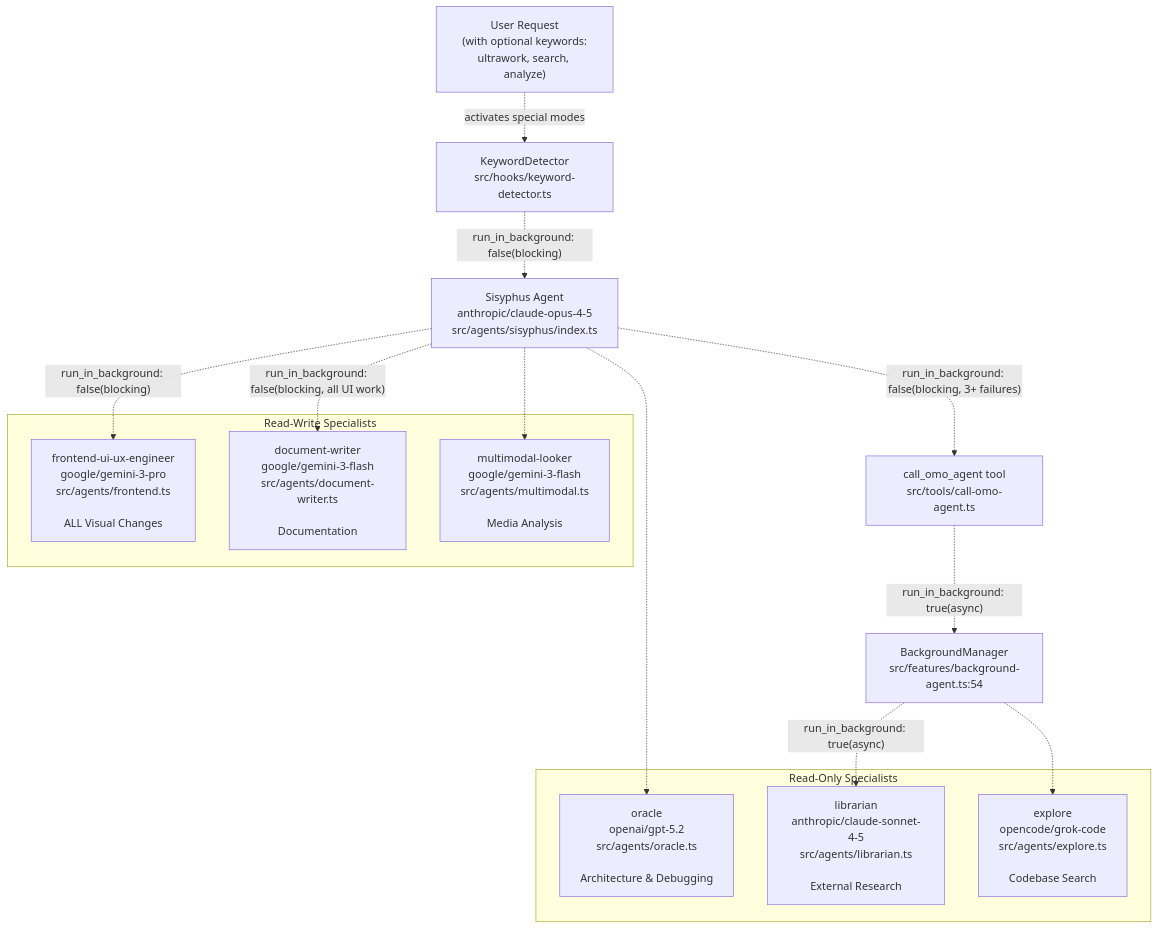
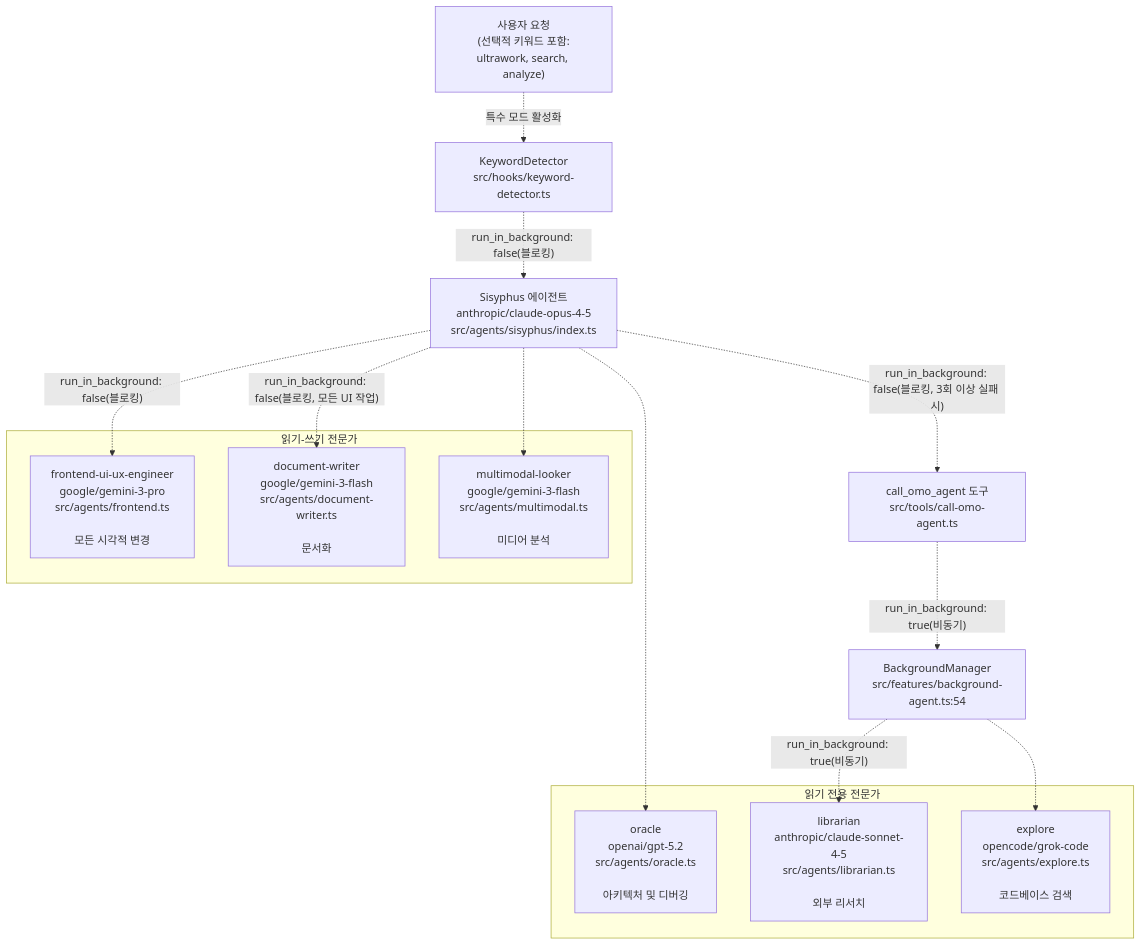
The ninth of 14 diagrams in docs/index.md (felipetruman/oh-my-opencode-docs), drawn with Mermaid before and after one commit. The commit also changed other lines of this file and 76 other files, not shown here.

````diff
--- a/docs/index.md
+++ b/docs/index.md
@@ -554,38 +529,38 @@
 ```mermaid
 flowchart TD
 
-User["User Request<br>(with optional keywords:<br>ultrawork, search, analyze)"]
+User["사용자 요청<br>(선택적 키워드 포함:<br>ultrawork, search, analyze)"]
 KeywordDetect["KeywordDetector<br>src/hooks/keyword-detector.ts"]
-Sisyphus["Sisyphus Agent<br>anthropic/claude-opus-4-5<br>src/agents/sisyphus/index.ts"]
-Oracle["oracle<br>openai/gpt-5.2<br>src/agents/oracle.ts<br><br>Architecture & Debugging"]
-Librarian["librarian<br>anthropic/claude-sonnet-4-5<br>src/agents/librarian.ts<br><br>External Research"]
-Explore["explore<br>opencode/grok-code<br>src/agents/explore.ts<br><br>Codebase Search"]
-Frontend["frontend-ui-ux-engineer<br>google/gemini-3-pro<br>src/agents/frontend.ts<br><br>ALL Visual Changes"]
-DocWriter["document-writer<br>google/gemini-3-flash<br>src/agents/document-writer.ts<br><br>Documentation"]
-Multimodal["multimodal-looker<br>google/gemini-3-flash<br>src/agents/multimodal.ts<br><br>Media Analysis"]
-CallAgent["call_omo_agent tool<br>src/tools/call-omo-agent.ts"]
+Sisyphus["Sisyphus 에이전트<br>anthropic/claude-opus-4-5<br>src/agents/sisyphus/index.ts"]
+Oracle["oracle<br>openai/gpt-5.2<br>src/agents/oracle.ts<br><br>아키텍처 및 디버깅"]
+Librarian["librarian<br>anthropic/claude-sonnet-4-5<br>src/agents/librarian.ts<br><br>외부 리서치"]
+Explore["explore<br>opencode/grok-code<br>src/agents/explore.ts<br><br>코드베이스 검색"]
+Frontend["frontend-ui-ux-engineer<br>google/gemini-3-pro<br>src/agents/frontend.ts<br><br>모든 시각적 변경"]
+DocWriter["document-writer<br>google/gemini-3-flash<br>src/agents/document-writer.ts<br><br>문서화"]
+Multimodal["multimodal-looker<br>google/gemini-3-flash<br>src/agents/multimodal.ts<br><br>미디어 분석"]
+CallAgent["call_omo_agent 도구<br>src/tools/call-omo-agent.ts"]
 BgManager["BackgroundManager<br>src/features/background-agent.ts:54"]
 
-User -.->|"activates special modes"| KeywordDetect
-KeywordDetect -.->|"run_in_background: false(blocking)"| Sisyphus
-Sisyphus -.->|"run_in_background: false(blocking, 3+ failures)"| CallAgent
-CallAgent -.->|"run_in_background: true(async)"| BgManager
-BgManager -.->|"run_in_background: true(async)"| Librarian
+User -.->|"특수 모드 활성화"| KeywordDetect
+KeywordDetect -.->|"run_in_background: false(블로킹)"| Sisyphus
+Sisyphus -.->|"run_in_background: false(블로킹, 3회 이상 실패 시)"| CallAgent
+CallAgent -.->|"run_in_background: true(비동기)"| BgManager
+BgManager -.->|"run_in_background: true(비동기)"| Librarian
 BgManager -.-> Explore
 Sisyphus -.-> Oracle
-Sisyphus -.->|"run_in_background: false(blocking)"| Frontend
-Sisyphus -.->|"run_in_background: false(blocking, all UI work)"| DocWriter
+Sisyphus -.->|"run_in_background: false(블로킹)"| Frontend
+Sisyphus -.->|"run_in_background: false(블로킹, 모든 UI 작업)"| DocWriter
 Sisyphus -.-> Multimodal
 
-subgraph ReadWrite ["Read-Write Specialists"]
+subgraph ReadWrite ["읽기-쓰기 전문가"]
     Frontend
     DocWriter
     Multimodal
 end
 
-subgraph ReadOnly ["Read-Only Specialists"]
+subgraph ReadOnly ["읽기 전용 전문가"]
     Oracle
     Librarian
     Explore
 end
 ```
````
